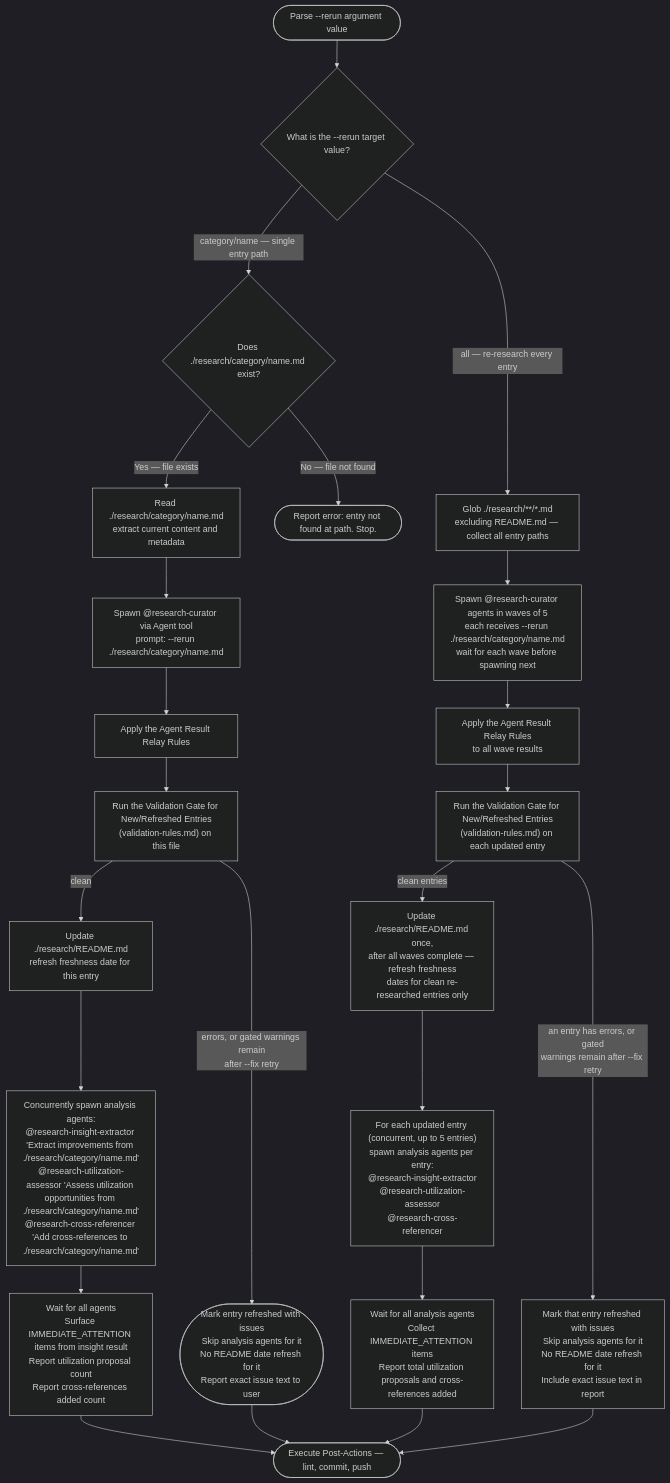
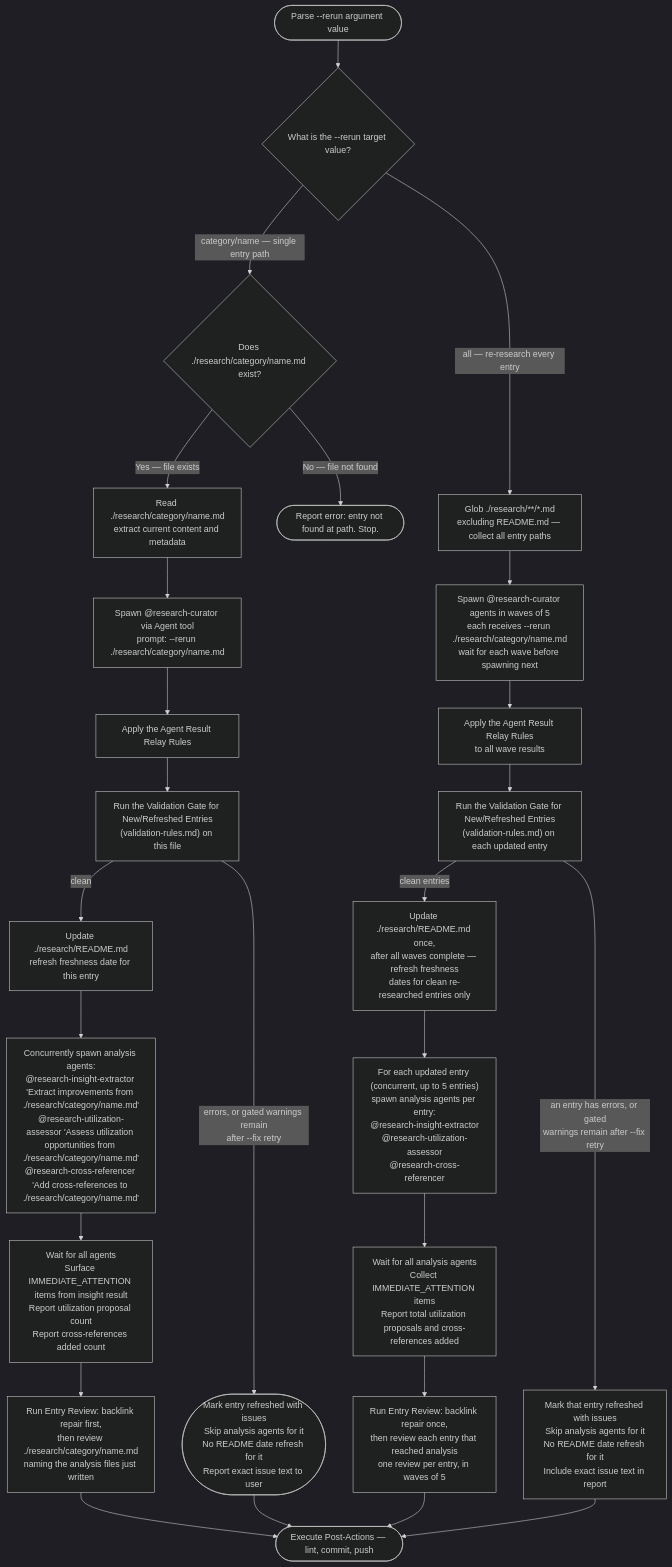
Before and after one commit to Jamie-BitFlight/claude_skills: the second of 3 diagrams in .claude/skills/research-curator/SKILL.md, drawn with Mermaid (dark theme). The commit also changed other lines of this file and 2 other files, not shown here.

First line of the commit message:
feat(research-curator): give the entry review rubric a runtime caller (#3521)

````diff
--- a/.claude/skills/research-curator/SKILL.md
+++ b/.claude/skills/research-curator/SKILL.md
@@ -174,26 +176,28 @@
 ```mermaid
 flowchart TD
     Start(["Parse --rerun argument value"]) --> Q{"What is the --rerun target value?"}
     Q -->|"category/name — single entry path"| VerifyFile{"Does ./research/category/name.md exist?"}
     Q -->|"all — re-research every entry"| FindAll["Glob ./research/**/*.md<br>excluding README.md — collect all entry paths"]
     VerifyFile -->|"No — file not found"| Missing(["Report error: entry not found at path. Stop."])
     VerifyFile -->|"Yes — file exists"| ReadFile["Read ./research/category/name.md<br>extract current content and metadata"]
     ReadFile --> Spawn1["Spawn @research-curator via Agent tool<br>prompt: --rerun ./research/category/name.md"]
     Spawn1 --> RelayCheck1["Apply the Agent Result Relay Rules"]
     RelayCheck1 --> Validate1["Run the Validation Gate for New/Refreshed Entries<br>(validation-rules.md) on this file"]
     Validate1 -->|"errors, or gated warnings remain<br>after --fix retry"| Issues1(["Mark entry refreshed with issues<br>Skip analysis agents for it<br>No README date refresh for it<br>Report exact issue text to user"])
     Validate1 -->|"clean"| UpdateDate["Update ./research/README.md<br>refresh freshness date for this entry"]
     FindAll --> WaveSpawn["Spawn @research-curator agents in waves of 5<br>each receives --rerun ./research/category/name.md<br>wait for each wave before spawning next"]
     WaveSpawn --> RelayCheck2["Apply the Agent Result Relay Rules<br>to all wave results"]
     RelayCheck2 --> ValidateN["Run the Validation Gate for New/Refreshed Entries<br>(validation-rules.md) on each updated entry"]
     ValidateN -->|"an entry has errors, or gated<br>warnings remain after --fix retry"| IssuesN["Mark that entry refreshed with issues<br>Skip analysis agents for it<br>No README date refresh for it<br>Include exact issue text in report"]
     ValidateN -->|"clean entries"| UpdateDates["Update ./research/README.md once,<br>after all waves complete — refresh freshness<br>dates for clean re-researched entries only"]
     UpdateDate --> SpawnAnalysis1["Concurrently spawn analysis agents:<br>@research-insight-extractor 'Extract improvements from ./research/category/name.md'<br>@research-utilization-assessor 'Assess utilization opportunities from ./research/category/name.md'<br>@research-cross-referencer 'Add cross-references to ./research/category/name.md'"]
     SpawnAnalysis1 --> WaitAnalysis1["Wait for all agents<br>Surface IMMEDIATE_ATTENTION items from insight result<br>Report utilization proposal count<br>Report cross-references added count"]
-    WaitAnalysis1 --> PostActions(["Execute Post-Actions — lint, commit, push"])
+    WaitAnalysis1 --> Review1["Run Entry Review: backlink repair first,<br>then review ./research/category/name.md<br>naming the analysis files just written"]
+    Review1 --> PostActions(["Execute Post-Actions — lint, commit, push"])
     Issues1 --> PostActions
     UpdateDates --> SpawnAnalysisN["For each updated entry (concurrent, up to 5 entries)<br>spawn analysis agents per entry:<br>@research-insight-extractor<br>@research-utilization-assessor<br>@research-cross-referencer"]
     SpawnAnalysisN --> WaitAnalysisN["Wait for all analysis agents<br>Collect IMMEDIATE_ATTENTION items<br>Report total utilization proposals and cross-references added"]
-    WaitAnalysisN --> PostActions
+    WaitAnalysisN --> ReviewN["Run Entry Review: backlink repair once,<br>then review each entry that reached analysis<br>one review per entry, in waves of 5"]
+    ReviewN --> PostActions
     IssuesN --> PostActions
 ```
````
